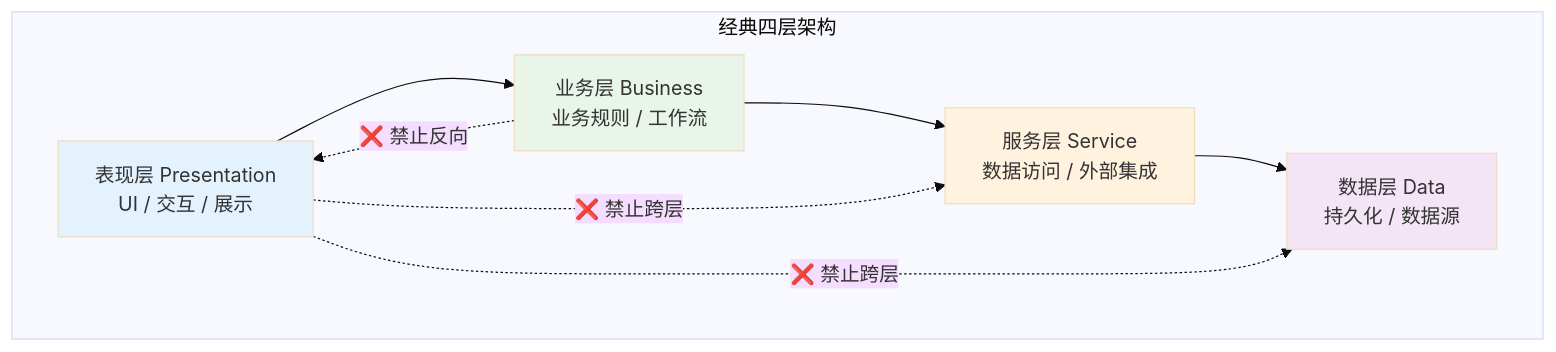
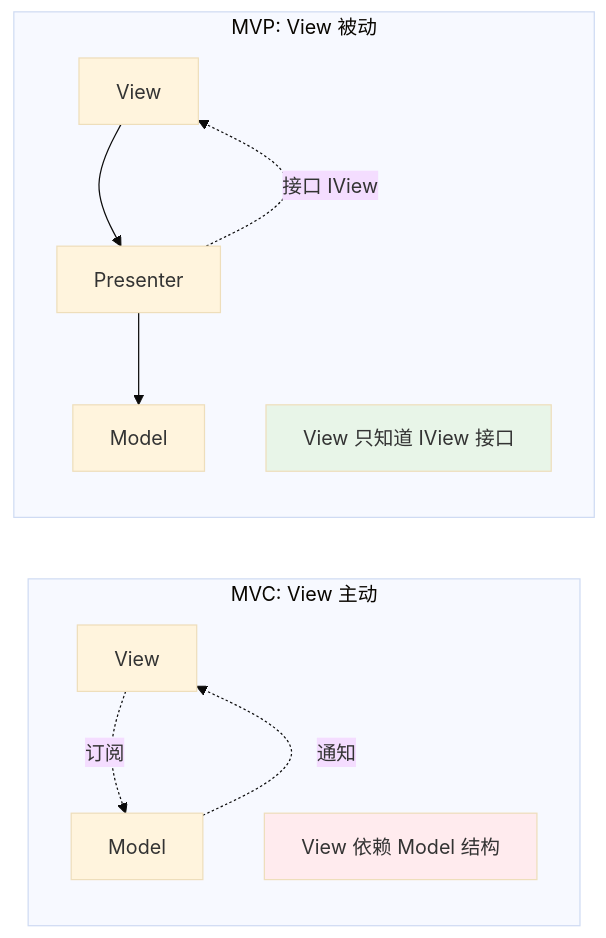
The sixth of 12 diagrams in docs/10.真经/05.方案设计思想/01.通用架构设计方案.md (chongyang211/YCBookBlog), drawn with Mermaid (base theme) before and after one commit. The commit also changed other lines of this file and 36 other files, not shown here.

````diff
--- a/docs/10.真经/05.方案设计思想/01.通用架构设计方案.md
+++ b/docs/10.真经/05.方案设计思想/01.通用架构设计方案.md
@@ -255,22 +393,18 @@
 ```mermaid
-graph TB
-    subgraph "经典四层架构"
-        P[表现层 Presentation<br/>UI / 交互 / 展示]
-        B[业务层 Business<br/>业务规则 / 工作流]
-        S[服务层 Service<br/>数据访问 / 外部集成]
-        D[数据层 Data<br/>持久化 / 数据源]
+graph LR
+    subgraph "MVC: View 主动"
+        V1[View] -.订阅.-> M1[Model]
+        M1 -.通知.-> V1
+        Note1[View 依赖 Model 结构]
     end
     
-    P --> B
-    B --> S
-    S --> D
+    subgraph "MVP: View 被动"
+        V2[View] --> P[Presenter]
+        P -.接口 IView.-> V2
+        P --> M2[Model]
+        Note2[View 只知道 IView 接口]
+    end
     
-    P -. ❌ 禁止跨层 .-> S
-    P -. ❌ 禁止跨层 .-> D
-    B -. ❌ 禁止反向 .-> P
-    
-    style P fill:#e3f2fd
-    style B fill:#e8f5e8
-    style S fill:#fff3e0
-    style D fill:#f3e5f5
+    style Note1 fill:#ffebee
+    style Note2 fill:#e8f5e8
 ```
````
